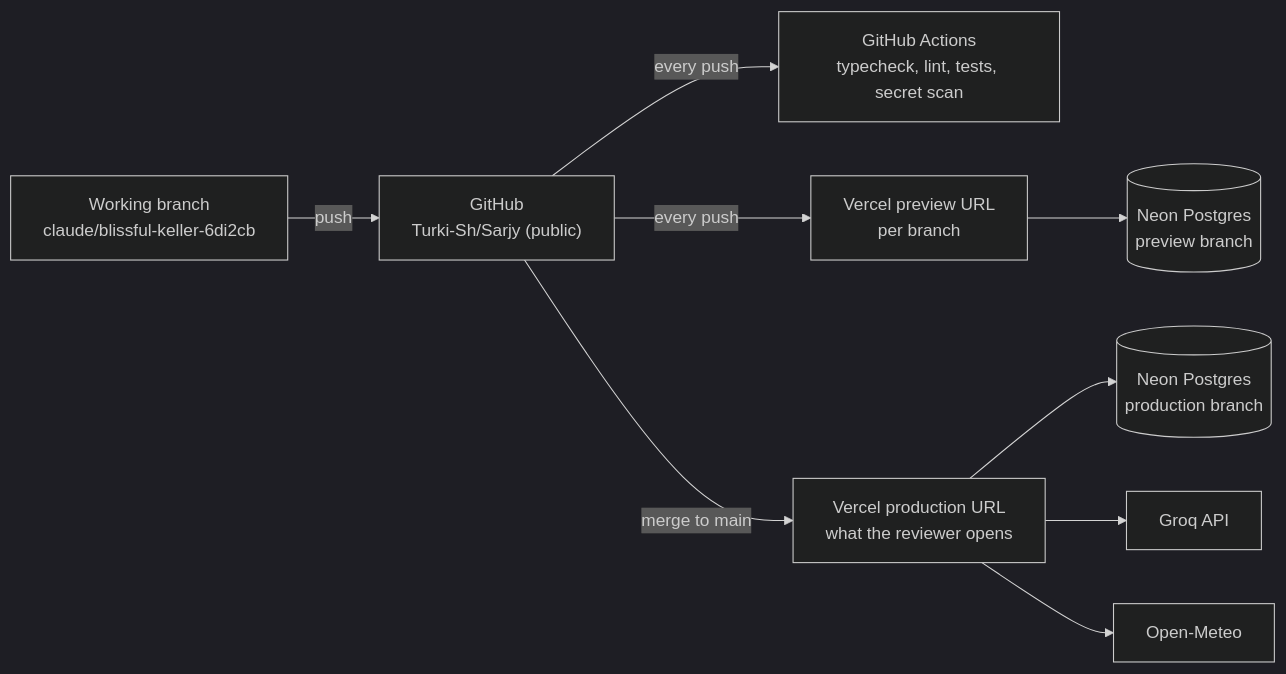
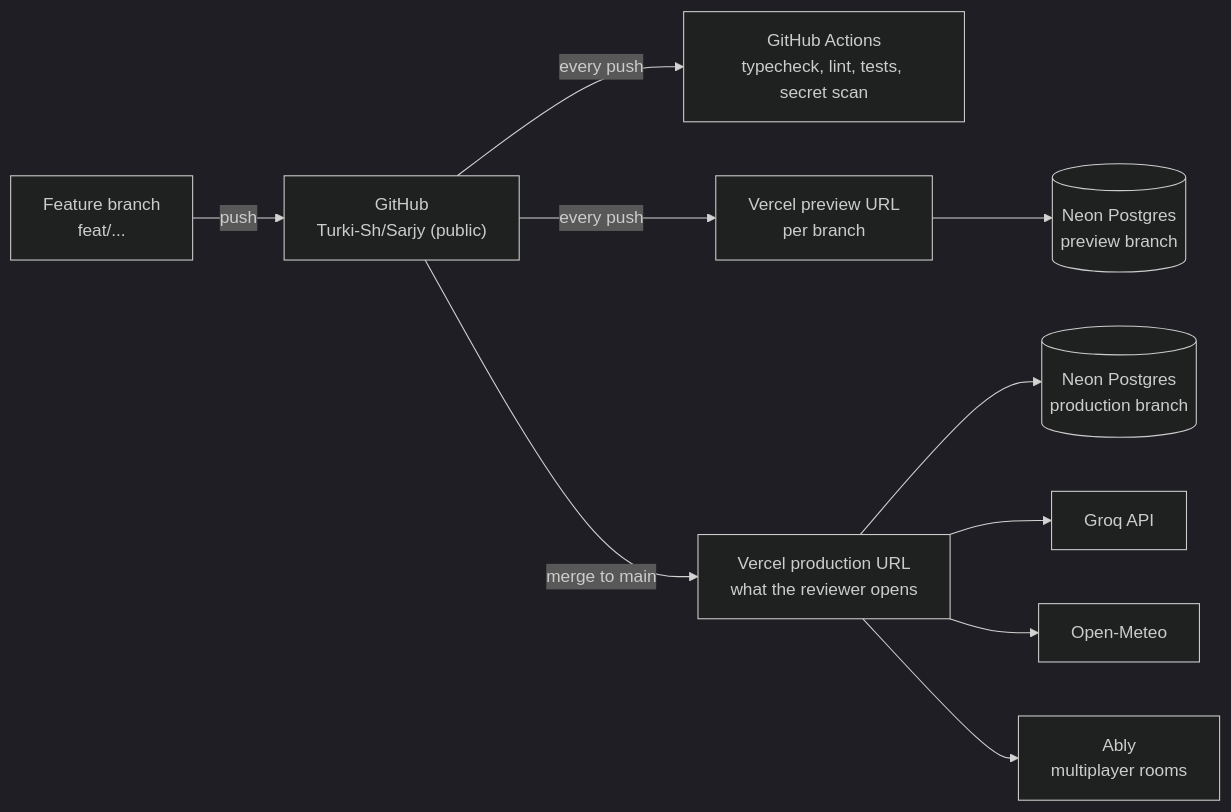
Before and after one commit to Turki-Sh/Sarjy: the diagram in docs/05-DEPLOYMENT.md, drawn with Mermaid (dark theme). The commit also changed other lines of this file and 9 other files, not shown here.

````diff
--- a/docs/05-DEPLOYMENT.md
+++ b/docs/05-DEPLOYMENT.md
@@ -9,11 +9,12 @@
 ```mermaid
 flowchart LR
-  DEV["Working branch<br/>claude/blissful-keller-6di2cb"] -- push --> GH["GitHub<br/>Turki-Sh/Sarjy (public)"]
+  DEV["Feature branch<br/>feat/..."] -- push --> GH["GitHub<br/>Turki-Sh/Sarjy (public)"]
   GH -- "every push" --> CI["GitHub Actions<br/>typecheck, lint, tests, secret scan"]
   GH -- "every push" --> PREV["Vercel preview URL<br/>per branch"]
   GH -- "merge to main" --> PROD["Vercel production URL<br/>what the reviewer opens"]
   PROD --> NEON[("Neon Postgres<br/>production branch")]
   PREV --> NEONP[("Neon Postgres<br/>preview branch")]
   PROD --> GROQ["Groq API"]
   PROD --> METEO["Open-Meteo"]
+  PROD --> ABLY["Ably<br/>multiplayer rooms"]
 ```
````
